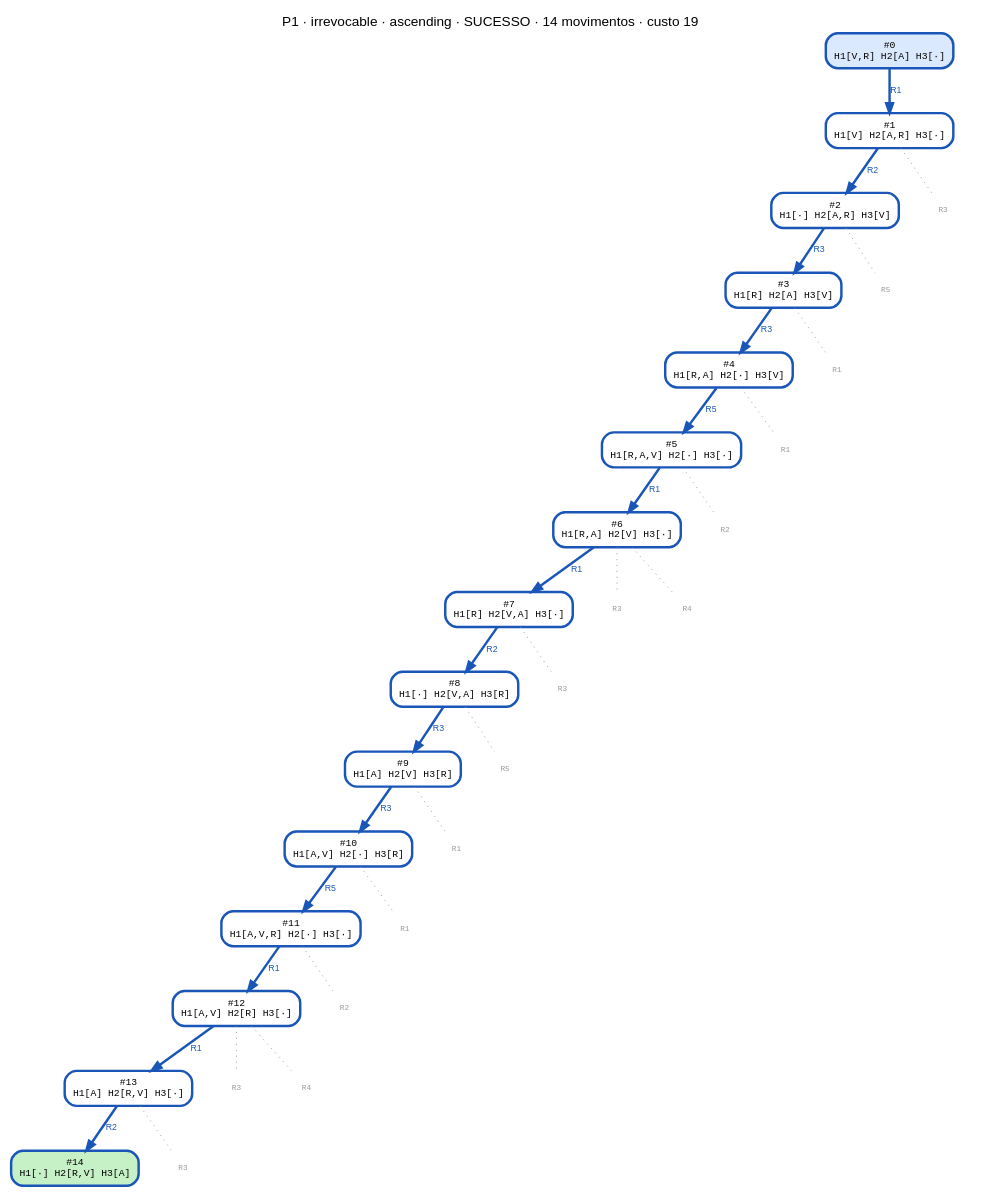
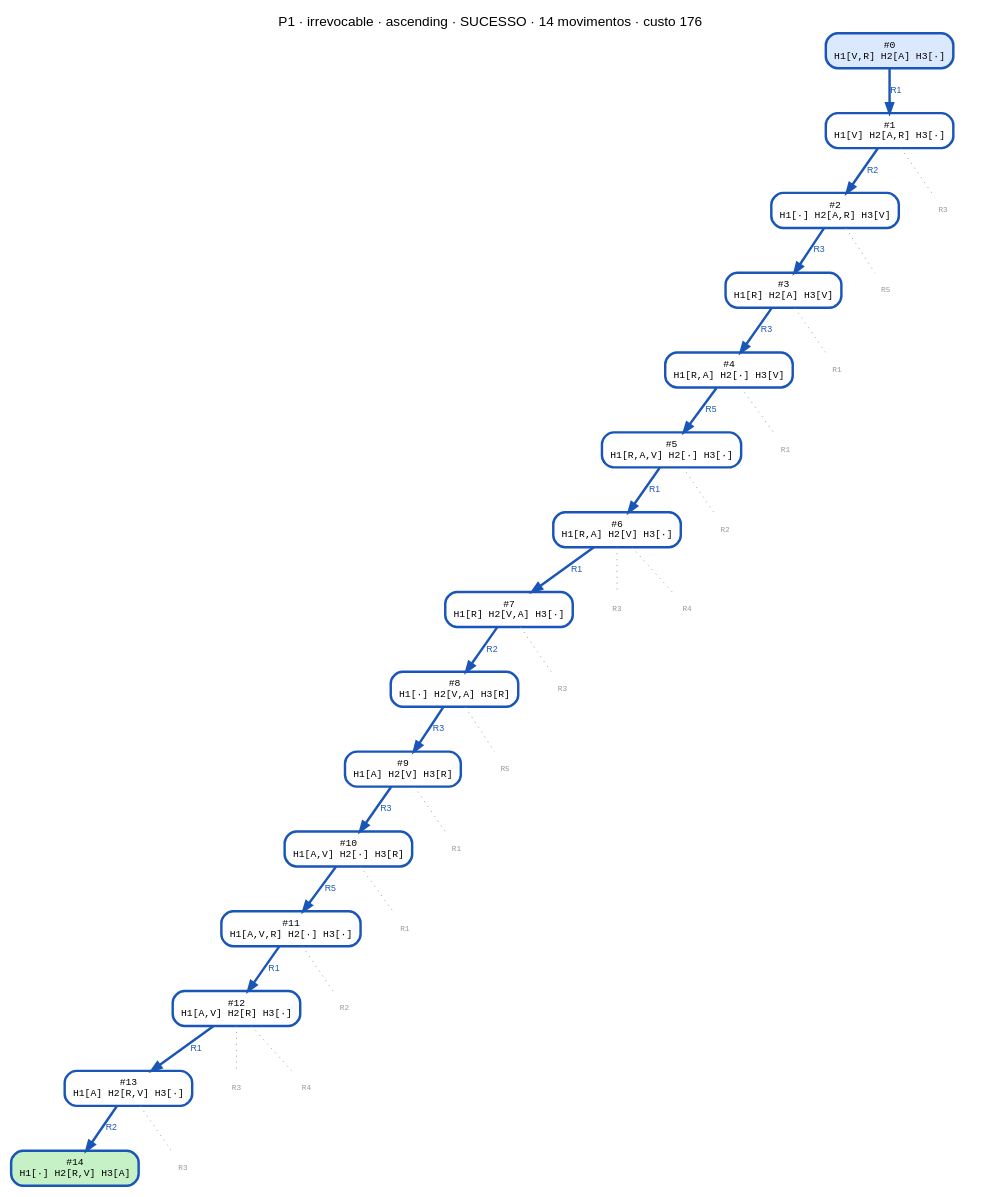
Before and after one commit to CharlesLB/dcc-014-trabalho-1: the diagram in data/P1/irrevocable_ascending.dot, drawn with Graphviz. The commit also changed 28 other files, not shown here.

```diff
--- a/data/P1/irrevocable_ascending.dot
+++ b/data/P1/irrevocable_ascending.dot
@@ -1,64 +1,64 @@
 digraph search {
-  label="P1 · irrevocable · ascending · SUCESSO · 14 movimentos · custo 19"; labelloc=t; fontname="Helvetica";
+  label="P1 · irrevocable · ascending · SUCESSO · 14 movimentos · custo 176"; labelloc=t; fontname="Helvetica";
   node [shape=box, style="rounded,filled", fontname="monospace", fontsize=10];
   edge [fontname="Helvetica", fontsize=9];
   n0 [label="#0\nH1[V,R] H2[A] H3[·]", fillcolor="#dbe9ff", color="#1a56b8", penwidth=2.5];
   n1 [label="#1\nH1[V] H2[A,R] H3[·]", fillcolor="#ffffff", color="#1a56b8", penwidth=2.5];
   n0 -> n1 [label="R1", color="#1a56b8", fontcolor="#1a56b8", penwidth=2.5];
   n2 [label="#2\nH1[·] H2[A,R] H3[V]", fillcolor="#ffffff", color="#1a56b8", penwidth=2.5];
   n1 -> n2 [label="R2", color="#1a56b8", fontcolor="#1a56b8", penwidth=2.5];
   n3 [label="#3\nH1[R] H2[A] H3[V]", fillcolor="#ffffff", color="#1a56b8", penwidth=2.5];
   n2 -> n3 [label="R3", color="#1a56b8", fontcolor="#1a56b8", penwidth=2.5];
   n4 [label="#4\nH1[R,A] H2[·] H3[V]", fillcolor="#ffffff", color="#1a56b8", penwidth=2.5];
   n3 -> n4 [label="R3", color="#1a56b8", fontcolor="#1a56b8", penwidth=2.5];
   n5 [label="#5\nH1[R,A,V] H2[·] H3[·]", fillcolor="#ffffff", color="#1a56b8", penwidth=2.5];
   n4 -> n5 [label="R5", color="#1a56b8", fontcolor="#1a56b8", penwidth=2.5];
   n6 [label="#6\nH1[R,A] H2[V] H3[·]", fillcolor="#ffffff", color="#1a56b8", penwidth=2.5];
   n5 -> n6 [label="R1", color="#1a56b8", fontcolor="#1a56b8", penwidth=2.5];
   n7 [label="#7\nH1[R] H2[V,A] H3[·]", fillcolor="#ffffff", color="#1a56b8", penwidth=2.5];
   n6 -> n7 [label="R1", color="#1a56b8", fontcolor="#1a56b8", penwidth=2.5];
   n8 [label="#8\nH1[·] H2[V,A] H3[R]", fillcolor="#ffffff", color="#1a56b8", penwidth=2.5];
   n7 -> n8 [label="R2", color="#1a56b8", fontcolor="#1a56b8", penwidth=2.5];
   n9 [label="#9\nH1[A] H2[V] H3[R]", fillcolor="#ffffff", color="#1a56b8", penwidth=2.5];
   n8 -> n9 [label="R3", color="#1a56b8", fontcolor="#1a56b8", penwidth=2.5];
   n10 [label="#10\nH1[A,V] H2[·] H3[R]", fillcolor="#ffffff", color="#1a56b8", penwidth=2.5];
   n9 -> n10 [label="R3", color="#1a56b8", fontcolor="#1a56b8", penwidth=2.5];
   n11 [label="#11\nH1[A,V,R] H2[·] H3[·]", fillcolor="#ffffff", color="#1a56b8", penwidth=2.5];
   n10 -> n11 [label="R5", color="#1a56b8", fontcolor="#1a56b8", penwidth=2.5];
   n12 [label="#12\nH1[A,V] H2[R] H3[·]", fillcolor="#ffffff", color="#1a56b8", penwidth=2.5];
   n11 -> n12 [label="R1", color="#1a56b8", fontcolor="#1a56b8", penwidth=2.5];
   n13 [label="#13\nH1[A] H2[R,V] H3[·]", fillcolor="#ffffff", color="#1a56b8", penwidth=2.5];
   n12 -> n13 [label="R1", color="#1a56b8", fontcolor="#1a56b8", penwidth=2.5];
   n14 [label="#14\nH1[·] H2[R,V] H3[A]", fillcolor="#c6f0c6", color="#1a56b8", penwidth=2.5];
   n13 -> n14 [label="R2", color="#1a56b8", fontcolor="#1a56b8", penwidth=2.5];
   p1_R3 [label="R3", shape=plaintext, style=solid, fontcolor="#999999", fontsize=8];
   n1 -> p1_R3 [style=dotted, color="#999999", arrowhead=none];
   p2_R5 [label="R5", shape=plaintext, style=solid, fontcolor="#999999", fontsize=8];
   n2 -> p2_R5 [style=dotted, color="#999999", arrowhead=none];
   p3_R1 [label="R1", shape=plaintext, style=solid, fontcolor="#999999", fontsize=8];
   n3 -> p3_R1 [style=dotted, color="#999999", arrowhead=none];
   p4_R1 [label="R1", shape=plaintext, style=solid, fontcolor="#999999", fontsize=8];
   n4 -> p4_R1 [style=dotted, color="#999999", arrowhead=none];
   p5_R2 [label="R2", shape=plaintext, style=solid, fontcolor="#999999", fontsize=8];
   n5 -> p5_R2 [style=dotted, color="#999999", arrowhead=none];
   p6_R3 [label="R3", shape=plaintext, style=solid, fontcolor="#999999", fontsize=8];
   n6 -> p6_R3 [style=dotted, color="#999999", arrowhead=none];
   p6_R4 [label="R4", shape=plaintext, style=solid, fontcolor="#999999", fontsize=8];
   n6 -> p6_R4 [style=dotted, color="#999999", arrowhead=none];
   p7_R3 [label="R3", shape=plaintext, style=solid, fontcolor="#999999", fontsize=8];
   n7 -> p7_R3 [style=dotted, color="#999999", arrowhead=none];
   p8_R5 [label="R5", shape=plaintext, style=solid, fontcolor="#999999", fontsize=8];
   n8 -> p8_R5 [style=dotted, color="#999999", arrowhead=none];
   p9_R1 [label="R1", shape=plaintext, style=solid, fontcolor="#999999", fontsize=8];
   n9 -> p9_R1 [style=dotted, color="#999999", arrowhead=none];
   p10_R1 [label="R1", shape=plaintext, style=solid, fontcolor="#999999", fontsize=8];
   n10 -> p10_R1 [style=dotted, color="#999999", arrowhead=none];
   p11_R2 [label="R2", shape=plaintext, style=solid, fontcolor="#999999", fontsize=8];
   n11 -> p11_R2 [style=dotted, color="#999999", arrowhead=none];
   p12_R3 [label="R3", shape=plaintext, style=solid, fontcolor="#999999", fontsize=8];
   n12 -> p12_R3 [style=dotted, color="#999999", arrowhead=none];
   p12_R4 [label="R4", shape=plaintext, style=solid, fontcolor="#999999", fontsize=8];
   n12 -> p12_R4 [style=dotted, color="#999999", arrowhead=none];
   p13_R3 [label="R3", shape=plaintext, style=solid, fontcolor="#999999", fontsize=8];
   n13 -> p13_R3 [style=dotted, color="#999999", arrowhead=none];
 }
```
